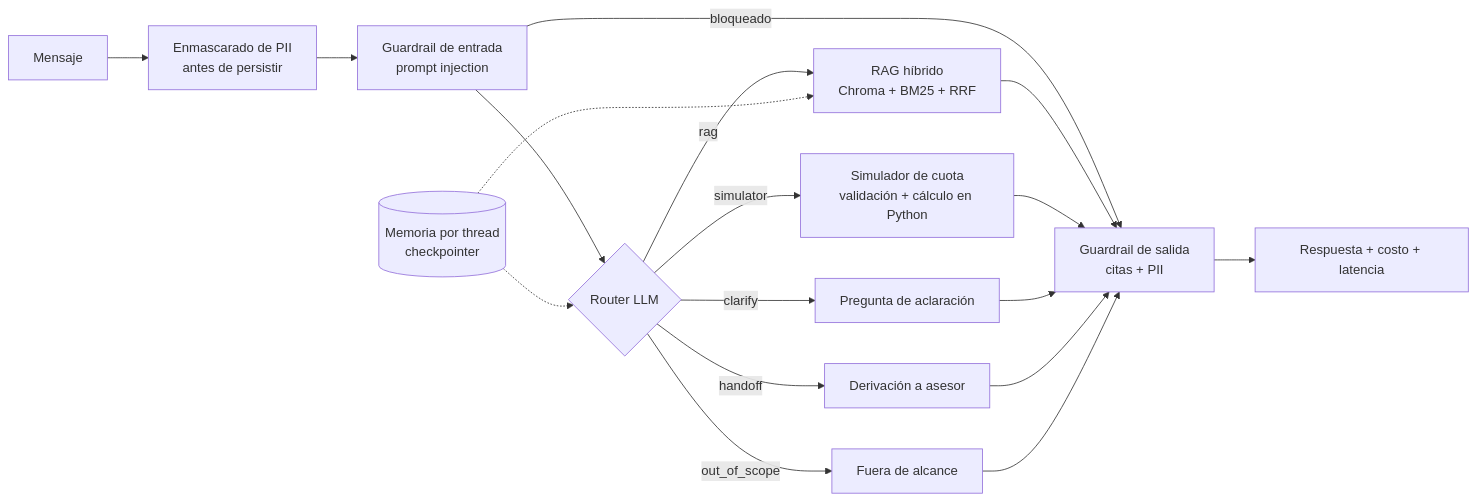
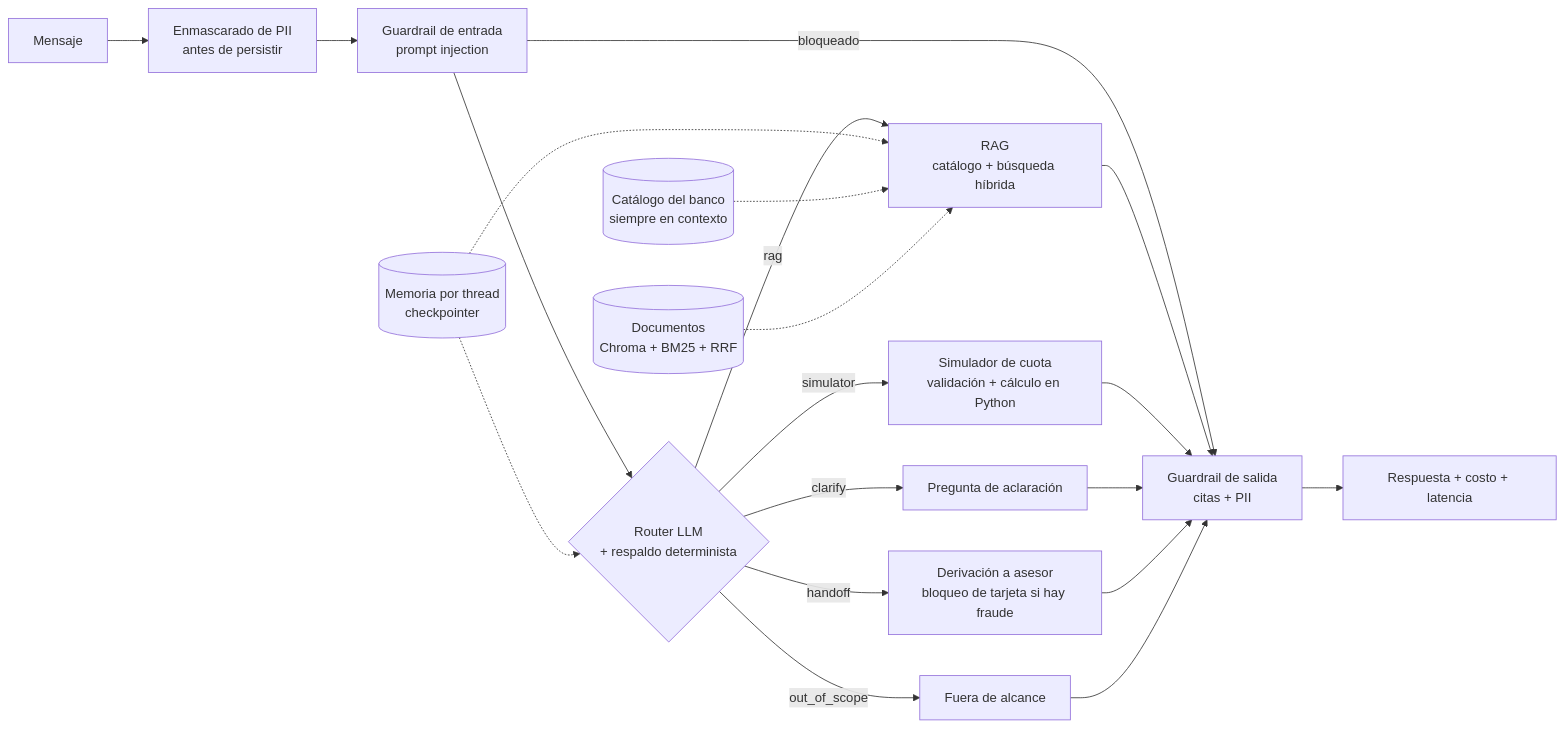
The second of 2 diagrams in README.md (VicenteFran19/agentic-banking-assistant), drawn with Mermaid before and after one commit. The commit also changed other lines of this file and 12 other files, not shown here.

````diff
--- a/README.md
+++ b/README.md
@@ -9,20 +26,22 @@
 ```mermaid
 flowchart LR
     U[Mensaje] --> MP[Enmascarado de PII<br/>antes de persistir]
     MP --> GI[Guardrail de entrada<br/>prompt injection]
     GI -- bloqueado --> GO
-    GI --> R{Router LLM}
-    R -- rag --> RAG[RAG híbrido<br/>Chroma + BM25 + RRF]
+    GI --> R{Router LLM<br/>+ respaldo determinista}
+    R -- rag --> RAG[RAG<br/>catálogo + búsqueda híbrida]
     R -- simulator --> S[Simulador de cuota<br/>validación + cálculo en Python]
     R -- clarify --> C[Pregunta de aclaración]
-    R -- handoff --> H[Derivación a asesor]
+    R -- handoff --> H[Derivación a asesor<br/>bloqueo de tarjeta si hay fraude]
     R -- out_of_scope --> O[Fuera de alcance]
     RAG --> GO[Guardrail de salida<br/>citas + PII]
     S --> GO
     C --> GO
     H --> GO
     O --> GO
     GO --> A[Respuesta + costo + latencia]
     M[(Memoria por thread<br/>checkpointer)] -.-> R
     M -.-> RAG
+    K[(Catálogo del banco<br/>siempre en contexto)] -.-> RAG
+    D[(Documentos<br/>Chroma + BM25 + RRF)] -.-> RAG
 ```
````
